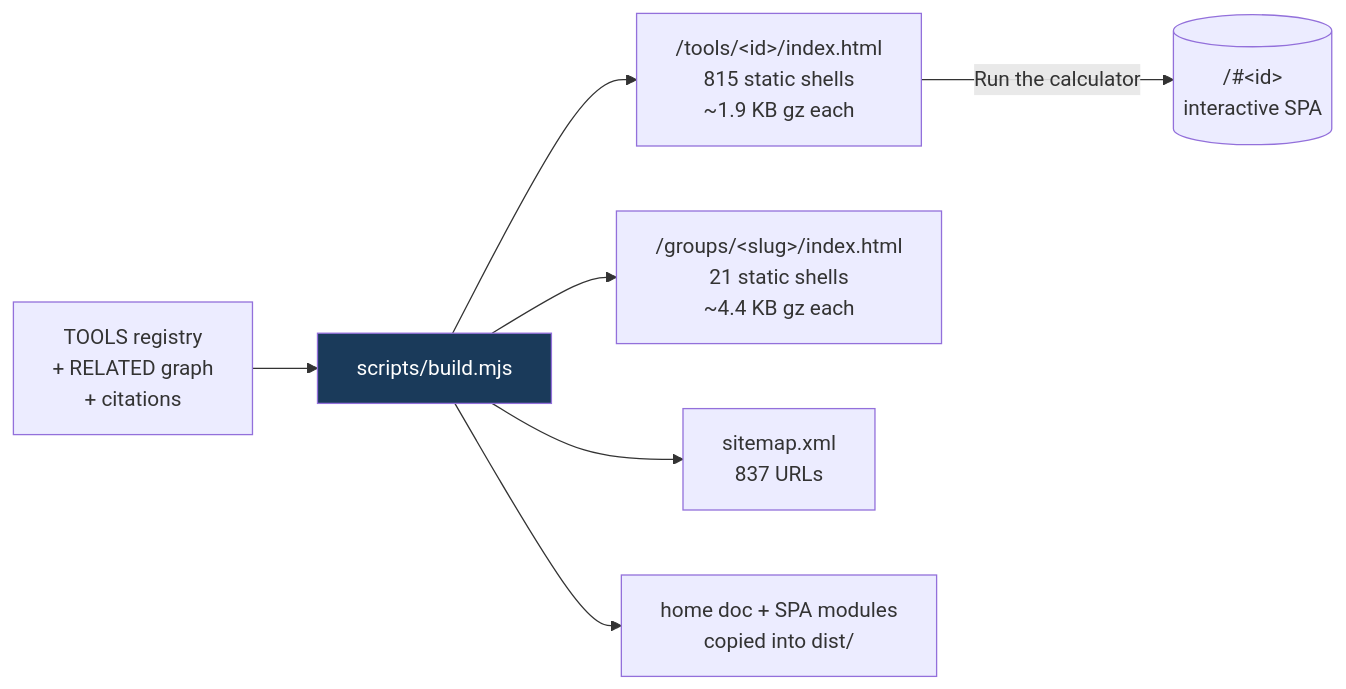
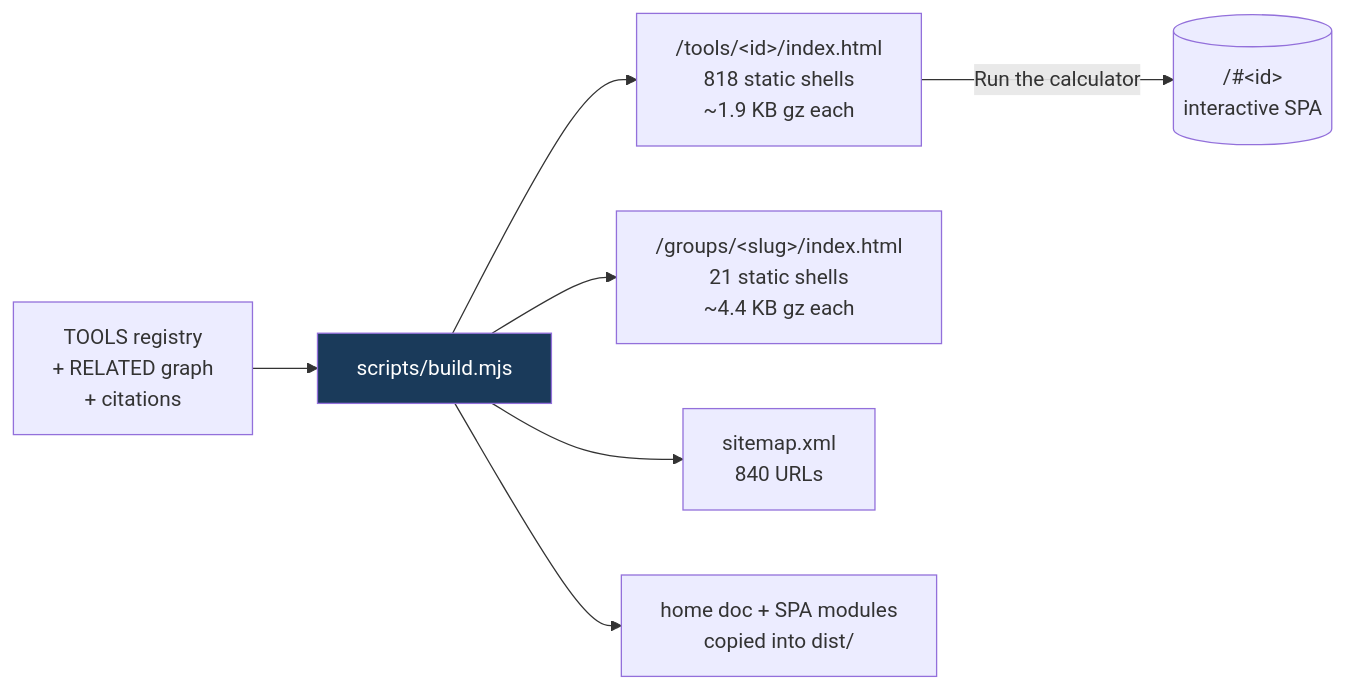
The fifth of 8 diagrams in README.md (clay-good/roughlogic.com), drawn with Mermaid before and after one commit. The commit also changed other lines of this file and 18 other files, not shown here.

````diff
--- a/README.md
+++ b/README.md
@@ -495,10 +495,10 @@
 ```mermaid
 flowchart LR
     SRC[TOOLS registry\n+ RELATED graph\n+ citations] --> BUILD[scripts/build.mjs]
-    BUILD --> TILE["/tools/&lt;id&gt;/index.html\n815 static shells\n~1.9 KB gz each"]
+    BUILD --> TILE["/tools/&lt;id&gt;/index.html\n818 static shells\n~1.9 KB gz each"]
     BUILD --> GROUP["/groups/&lt;slug&gt;/index.html\n21 static shells\n~4.4 KB gz each"]
-    BUILD --> MAP["sitemap.xml\n837 URLs"]
+    BUILD --> MAP["sitemap.xml\n840 URLs"]
     BUILD --> COPY[home doc + SPA modules\ncopied into dist/]
     TILE -->|Run the calculator| SPA[("/#&lt;id&gt;\ninteractive SPA")]
     style BUILD fill:#1a3a5a,color:#fff
 ```
````
